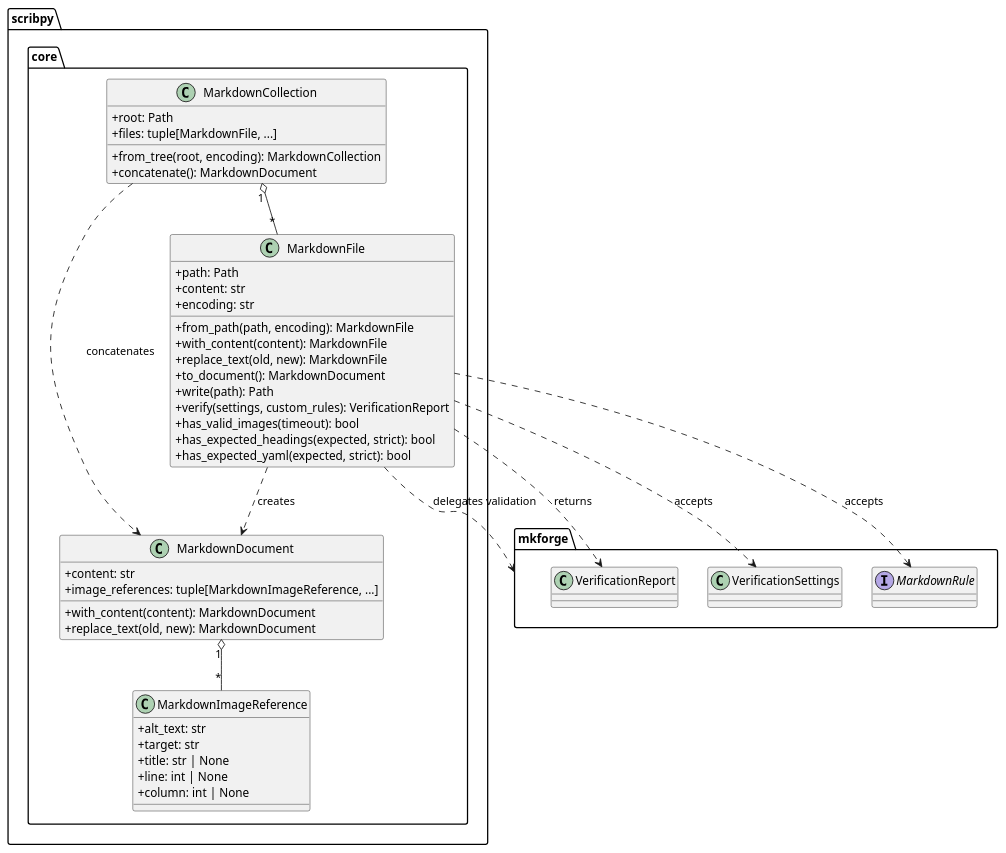
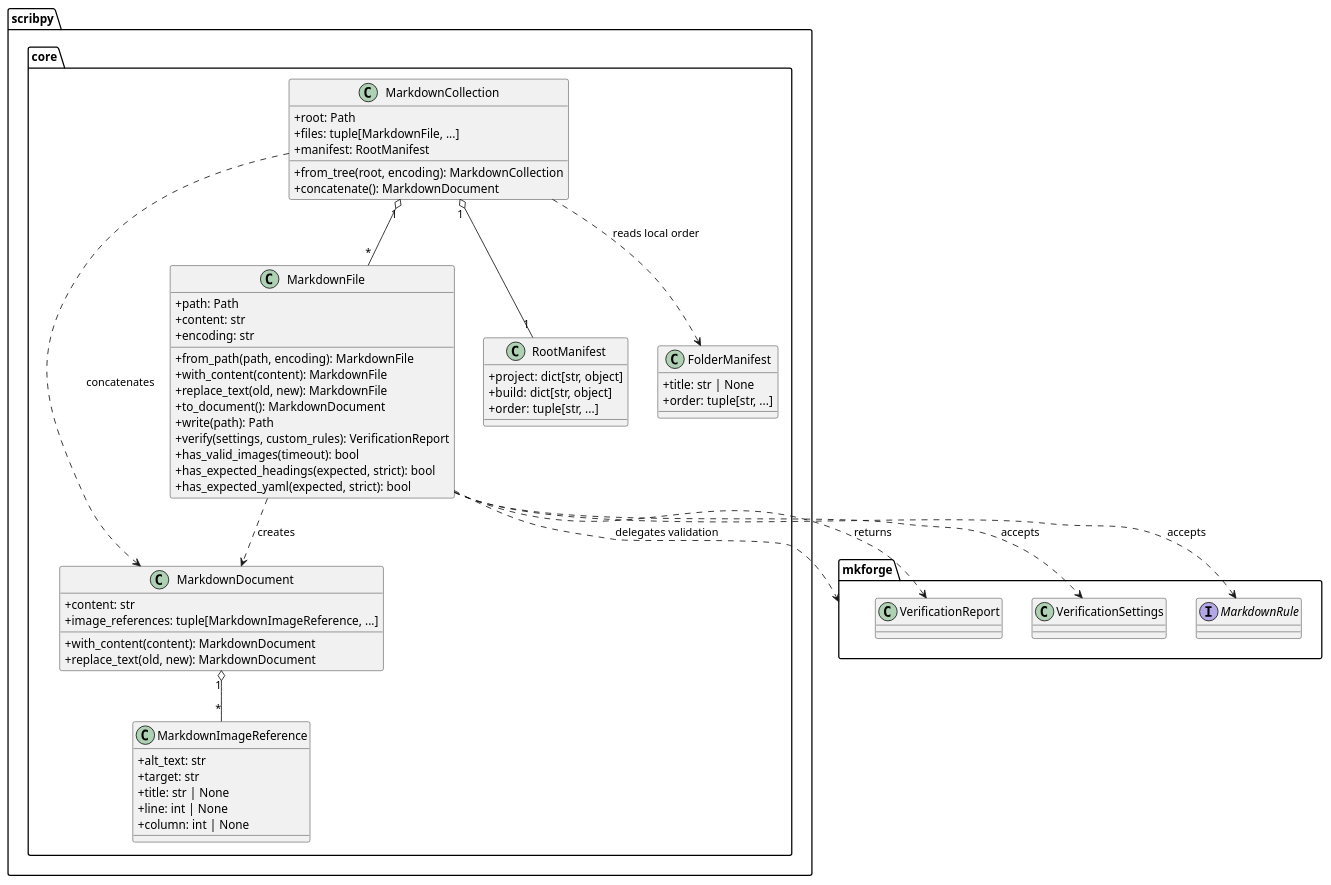
One commit to antoinebarre/scribpy changed the first of 5 diagrams in doc/architecture-core.md. Above: the diagram before and after it, drawn with PlantUML. The commit also changed other lines of this file and 10 other files, not shown here.

````diff
--- a/doc/architecture-core.md
+++ b/doc/architecture-core.md
@@ -34,59 +34,73 @@
 ```plantuml
 @startuml
 skinparam classAttributeIconSize 0
 
 package "scribpy.core" {
   class MarkdownDocument {
     +content: str
     +image_references: tuple[MarkdownImageReference, ...]
     +with_content(content): MarkdownDocument
     +replace_text(old, new): MarkdownDocument
   }
 
   class MarkdownFile {
     +path: Path
     +content: str
     +encoding: str
     +from_path(path, encoding): MarkdownFile
     +with_content(content): MarkdownFile
     +replace_text(old, new): MarkdownFile
     +to_document(): MarkdownDocument
     +write(path): Path
     +verify(settings, custom_rules): VerificationReport
     +has_valid_images(timeout): bool
     +has_expected_headings(expected, strict): bool
     +has_expected_yaml(expected, strict): bool
   }
 
   class MarkdownImageReference {
     +alt_text: str
     +target: str
     +title: str | None
     +line: int | None
     +column: int | None
   }
 
   class MarkdownCollection {
     +root: Path
     +files: tuple[MarkdownFile, ...]
+    +manifest: RootManifest
     +from_tree(root, encoding): MarkdownCollection
     +concatenate(): MarkdownDocument
+  }
+
+  class RootManifest {
+    +project: dict[str, object]
+    +build: dict[str, object]
+    +order: tuple[str, ...]
+  }
+
+  class FolderManifest {
+    +title: str | None
+    +order: tuple[str, ...]
   }
 }
 
 package "mkforge" {
   class VerificationReport
   class VerificationSettings
   interface MarkdownRule
 }
 
 MarkdownFile ..> VerificationReport : returns
 MarkdownFile ..> VerificationSettings : accepts
 MarkdownFile ..> MarkdownRule : accepts
 MarkdownFile ..> mkforge : delegates validation
 MarkdownFile ..> MarkdownDocument : creates
 MarkdownDocument "1" o-- "*" MarkdownImageReference
 MarkdownCollection "1" o-- "*" MarkdownFile
+MarkdownCollection "1" o-- "1" RootManifest
 MarkdownCollection ..> MarkdownDocument : concatenates
+MarkdownCollection ..> FolderManifest : reads local order
 @enduml
 ```
````
